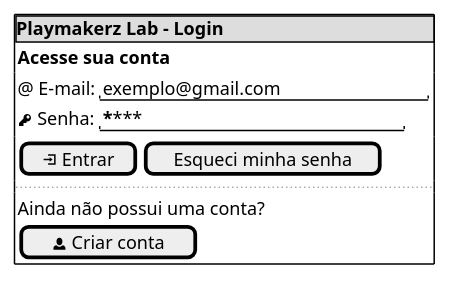
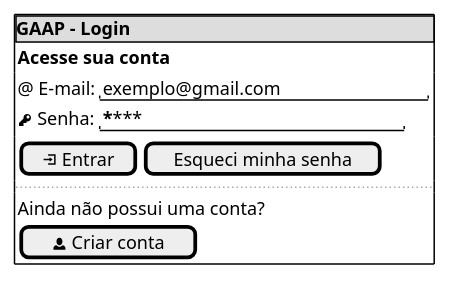
Before and after one commit to Projetos-de-Extensao/PECDII_26.2_8001_I: the first of 6 diagrams in docs/Iniciacao/prototipo_baixa_fidelidade.md, drawn with PlantUML. The commit also changed other lines of this file and 13 other files, not shown here.

````diff
--- a/docs/Iniciacao/prototipo_baixa_fidelidade.md
+++ b/docs/Iniciacao/prototipo_baixa_fidelidade.md
@@ -38,27 +38,27 @@
 ```plantuml
 @startsalt
 {+
-    {* <b>Playmakerz Lab - Login}
+    {* <b>GAAP - Login}
 
     {
         <b>Acesse sua conta
     }
 
     {
         @ E-mail: | "exemplo@gmail.com          "
         <&key> Senha: | "********                 "
     }
 
     {
         [<&account-login> Entrar] | [Esqueci minha senha]
     }
 
     ..
 
     {
         Ainda não possui uma conta?
         [<&person> Criar conta]
     }
 }
 @endsalt
 ```
````
